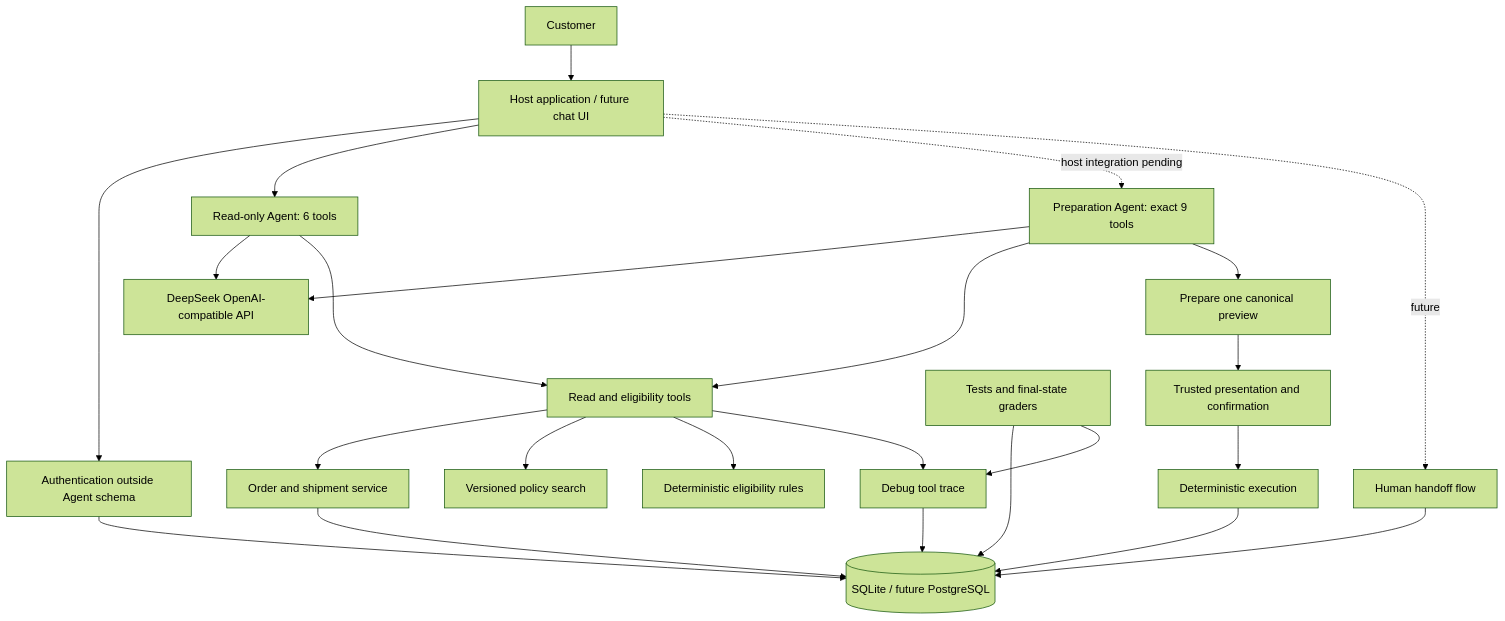
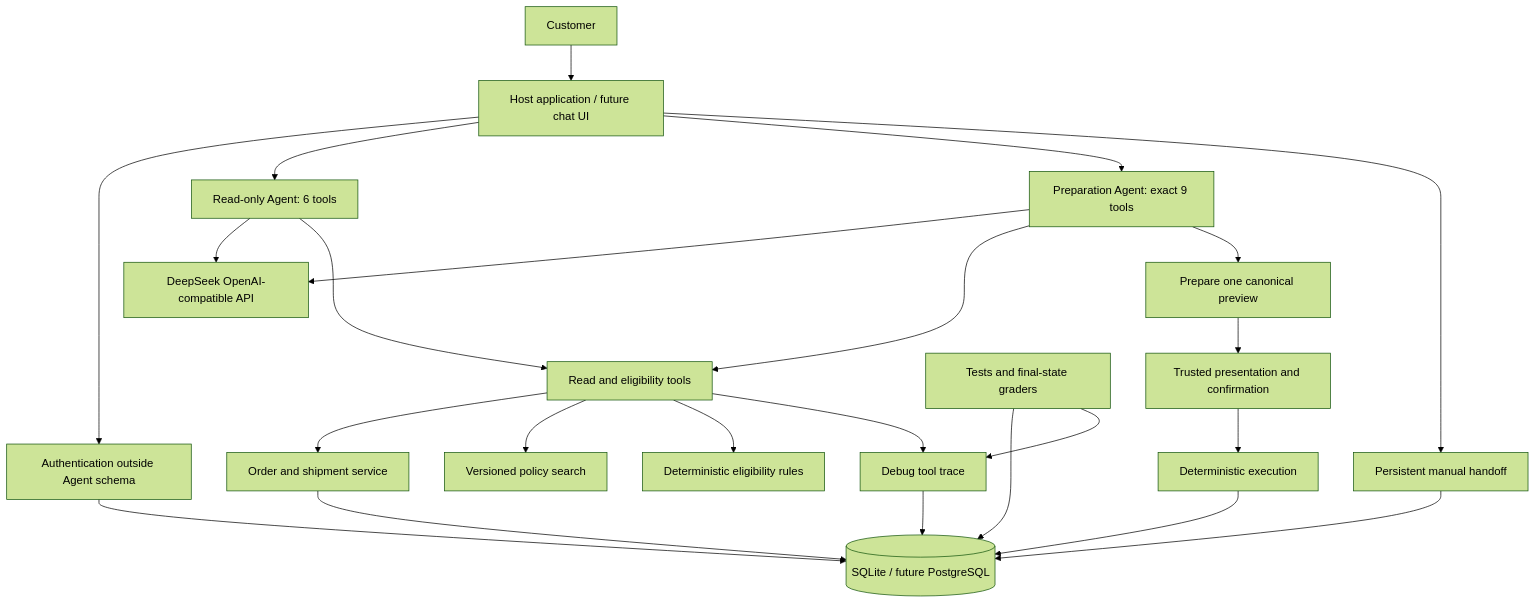
Before and after one commit to NafYoung/customer-service-agent-v0: the diagram in README.md, drawn with Mermaid (forest theme). The commit also changed other lines of this file and 14 other files, not shown here.

````diff
--- a/README.md
+++ b/README.md
@@ -66,26 +77,26 @@
 ```mermaid
 flowchart TD
     U[Customer] --> H[Host application / future chat UI]
     H --> AUTH[Authentication outside Agent schema]
     H --> RO[Read-only Agent: 6 tools]
-    H -. host integration pending .-> PA[Preparation Agent: exact 9 tools]
+    H --> PA[Preparation Agent: exact 9 tools]
     RO --> LLM[DeepSeek OpenAI-compatible API]
     PA --> LLM
     RO --> T[Read and eligibility tools]
     PA --> T
     PA --> PREP[Prepare one canonical preview]
     T --> ORD[Order and shipment service]
     T --> POL[Versioned policy search]
     T --> RULES[Deterministic eligibility rules]
-    H -. future .-> HANDOFF[Human handoff flow]
+    H --> HANDOFF[Persistent manual handoff]
     PREP --> CONF[Trusted presentation and confirmation]
     CONF --> ACT[Deterministic execution]
     AUTH --> DB[(SQLite / future PostgreSQL)]
     ORD --> DB
     ACT --> DB
     HANDOFF --> DB
     T --> TRACE[Debug tool trace]
     TRACE --> DB
     EVAL[Tests and final-state graders] --> DB
     EVAL --> TRACE
 ```
````
